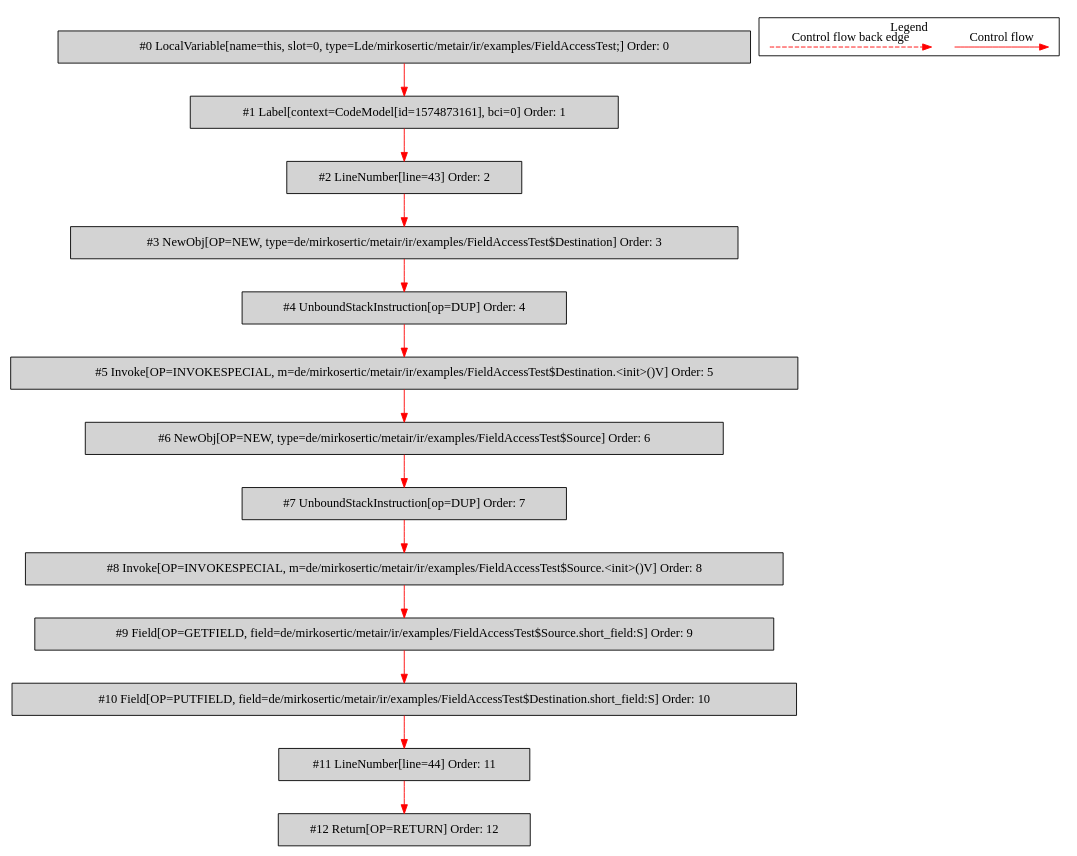
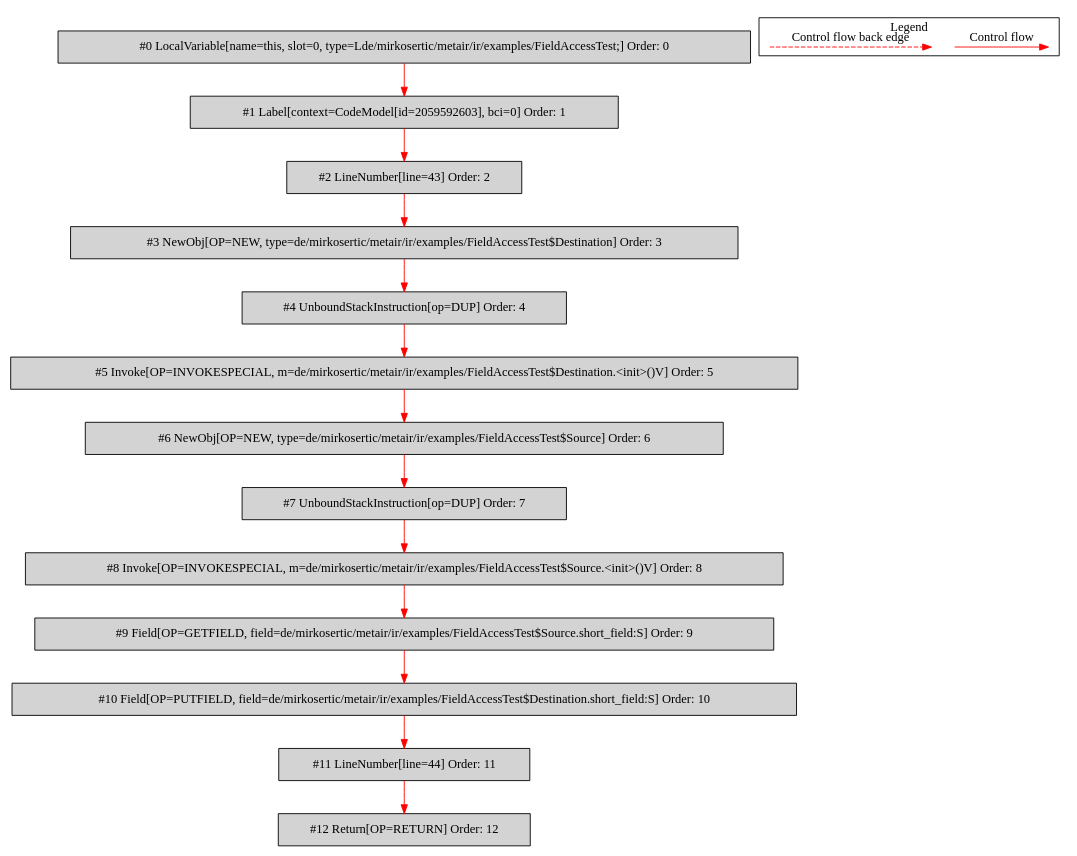
Before and after one commit to mirkosertic/MetaIR: the diagram in de.mirkosertic.metair.ir.examples.FieldAccessTest/copy_short/bytecodecfg.dot, drawn with Graphviz. The commit also changed 1410 other files, not shown here.

```diff
--- a/de.mirkosertic.metair.ir.examples.FieldAccessTest/copy_short/bytecodecfg.dot
+++ b/de.mirkosertic.metair.ir.examples.FieldAccessTest/copy_short/bytecodecfg.dot
@@ -1,41 +1,41 @@
 digraph {
  node0[label="#0 LocalVariable[name=this, slot=0, type=Lde/mirkosertic/metair/ir/examples/FieldAccessTest;] Order: 0", shape=box, fillcolor=lightgrey, style=filled];
- node1[label="#1 Label[context=CodeModel[id=1574873161], bci=0] Order: 1", shape=box, fillcolor=lightgrey, style=filled];
+ node1[label="#1 Label[context=CodeModel[id=2059592603], bci=0] Order: 1", shape=box, fillcolor=lightgrey, style=filled];
  node2[label="#2 LineNumber[line=43] Order: 2", shape=box, fillcolor=lightgrey, style=filled];
  node3[label="#3 NewObj[OP=NEW, type=de/mirkosertic/metair/ir/examples/FieldAccessTest$Destination] Order: 3", shape=box, fillcolor=lightgrey, style=filled];
  node4[label="#4 UnboundStackInstruction[op=DUP] Order: 4", shape=box, fillcolor=lightgrey, style=filled];
  node5[label="#5 Invoke[OP=INVOKESPECIAL, m=de/mirkosertic/metair/ir/examples/FieldAccessTest$Destination.<init>()V] Order: 5", shape=box, fillcolor=lightgrey, style=filled];
  node6[label="#6 NewObj[OP=NEW, type=de/mirkosertic/metair/ir/examples/FieldAccessTest$Source] Order: 6", shape=box, fillcolor=lightgrey, style=filled];
  node7[label="#7 UnboundStackInstruction[op=DUP] Order: 7", shape=box, fillcolor=lightgrey, style=filled];
  node8[label="#8 Invoke[OP=INVOKESPECIAL, m=de/mirkosertic/metair/ir/examples/FieldAccessTest$Source.<init>()V] Order: 8", shape=box, fillcolor=lightgrey, style=filled];
  node9[label="#9 Field[OP=GETFIELD, field=de/mirkosertic/metair/ir/examples/FieldAccessTest$Source.short_field:S] Order: 9", shape=box, fillcolor=lightgrey, style=filled];
  node10[label="#10 Field[OP=PUTFIELD, field=de/mirkosertic/metair/ir/examples/FieldAccessTest$Destination.short_field:S] Order: 10", shape=box, fillcolor=lightgrey, style=filled];
  node11[label="#11 LineNumber[line=44] Order: 11", shape=box, fillcolor=lightgrey, style=filled];
  node12[label="#12 Return[OP=RETURN] Order: 12", shape=box, fillcolor=lightgrey, style=filled];
  node0 -> node1[color=red];
  node1 -> node2[color=red];
  node2 -> node3[color=red];
  node3 -> node4[color=red];
  node4 -> node5[color=red];
  node5 -> node6[color=red];
  node6 -> node7[color=red];
  node7 -> node8[color=red];
  node8 -> node9[color=red];
  node9 -> node10[color=red];
  node10 -> node11[color=red];
  node11 -> node12[color=red];
  subgraph cluster_000 {
   label = "Legend";
   node [shape=point]
   {
    rank=same;
    c0 [style = invis];
    c1 [style = invis];
    c2 [style = invis];
    c3 [style = invis];
   }
   c0 -> c1 [label="Control flow", style=solid, color=red]
   c2 -> c3 [label="Control flow back edge", style=dashed, color=red]
  }
 
 }
```
